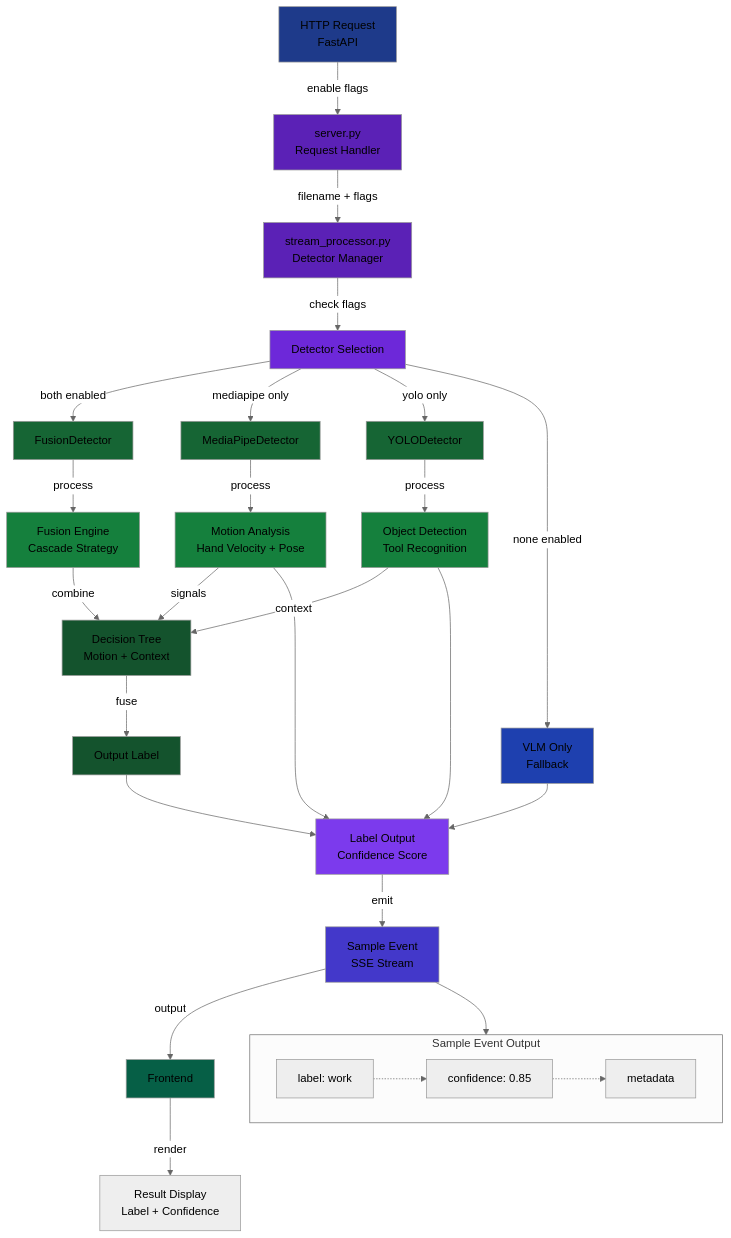
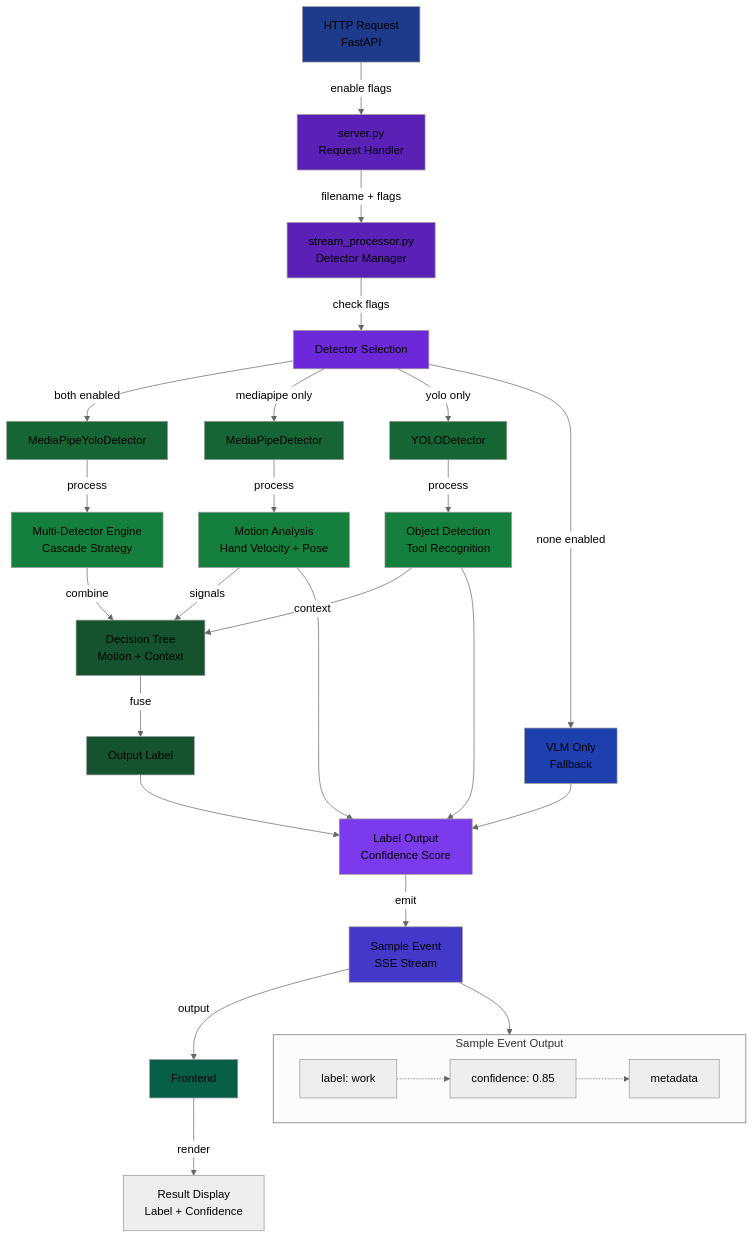
The diagram in scripts/docs/arch.mermaid (mohammed1916/behavior_tracking), drawn with Mermaid (neutral theme) before and after one commit. The commit also changed 12 other files, not shown here.

First line of the commit message:
# Refactoring Summary: Fusion → MediaPipe + YOLO / Multi-Detector

```diff
--- a/scripts/docs/arch.mermaid
+++ b/scripts/docs/arch.mermaid
@@ -1,59 +1,59 @@
 graph TD
     A["HTTP Request<br/>FastAPI"] -->|enable flags| B["server.py<br/>Request Handler"]
     
     B -->|filename + flags| C["stream_processor.py<br/>Detector Manager"]
     
     C -->|check flags| D["Detector Selection"]
     
-    D -->|both enabled| E["FusionDetector"]
+    D -->|both enabled| E["MediaPipeYoloDetector"]
     D -->|mediapipe only| F["MediaPipeDetector"]
     D -->|yolo only| G["YOLODetector"]
     D -->|none enabled| H["VLM Only<br/>Fallback"]
     
-    E -->|process| E1["Fusion Engine<br/>Cascade Strategy"]
+    E -->|process| E1["Multi-Detector Engine<br/>Cascade Strategy"]
     F -->|process| F1["Motion Analysis<br/>Hand Velocity + Pose"]
     G -->|process| G1["Object Detection<br/>Tool Recognition"]
     
     E1 -->|combine| E2["Decision Tree<br/>Motion + Context"]
     F1 -->|signals| E2
     G1 -->|context| E2
     
     E2 -->|fuse| E3["Output Label"]
     F1 --> I["Label Output<br/>Confidence Score"]
     G1 --> I
     E3 --> I
     H --> I
     
     I -->|emit| J["Sample Event<br/>SSE Stream"]
     
     J -->|output| K["Frontend"]
     
     K -->|render| L["Result Display<br/>Label + Confidence"]
     
     subgraph output["Sample Event Output"]
         direction LR
         L1["label: work"]
         L2["confidence: 0.85"]
         L3["metadata"]
         L1 -.-> L2
         L2 -.-> L3
     end
     
     J --> output
     
 style A fill:#1e3a8a
 style B fill:#5b21b6
 style C fill:#5b21b6
 style D fill:#6d28d9
 style E fill:#166534
 style F fill:#166534
 style G fill:#166534
 style H fill:#1e40af
 style E1 fill:#15803d
 style F1 fill:#15803d
 style G1 fill:#15803d
 style E2 fill:#14532d
 style E3 fill:#14532d
 style I fill:#7c3aed
 style J fill:#4338ca
 style K fill:#065f46
```
